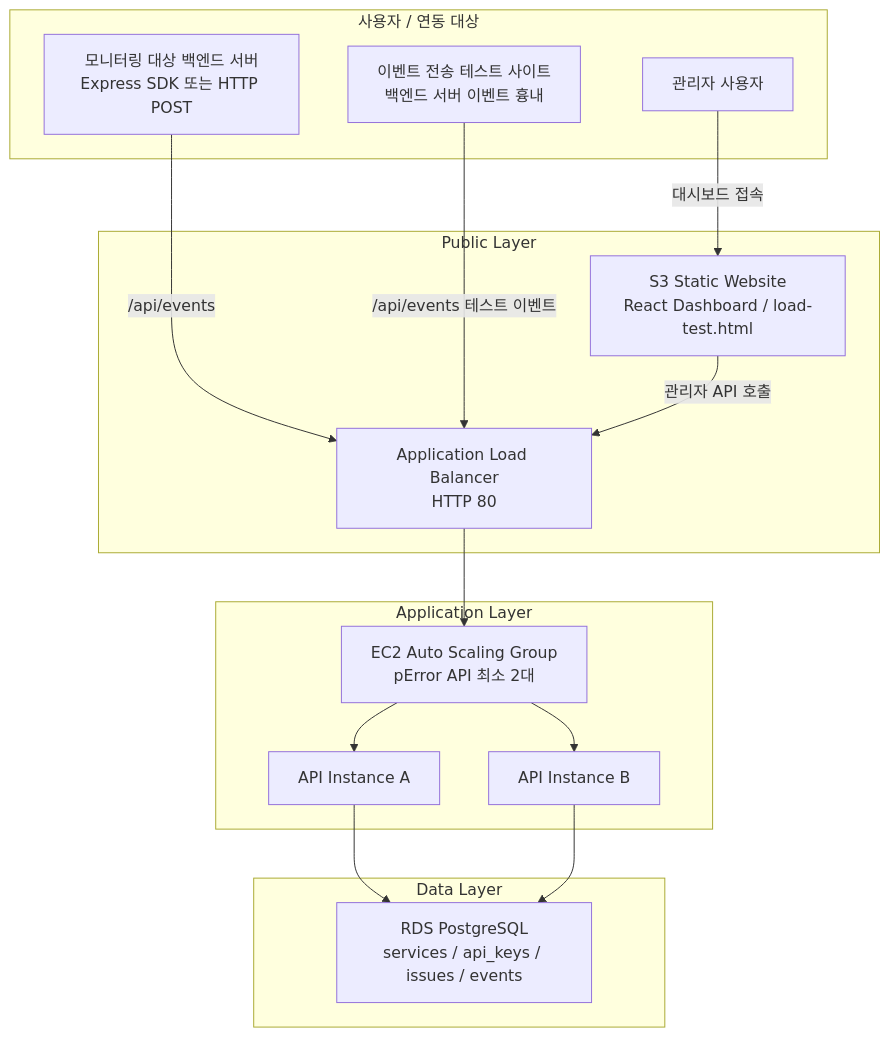
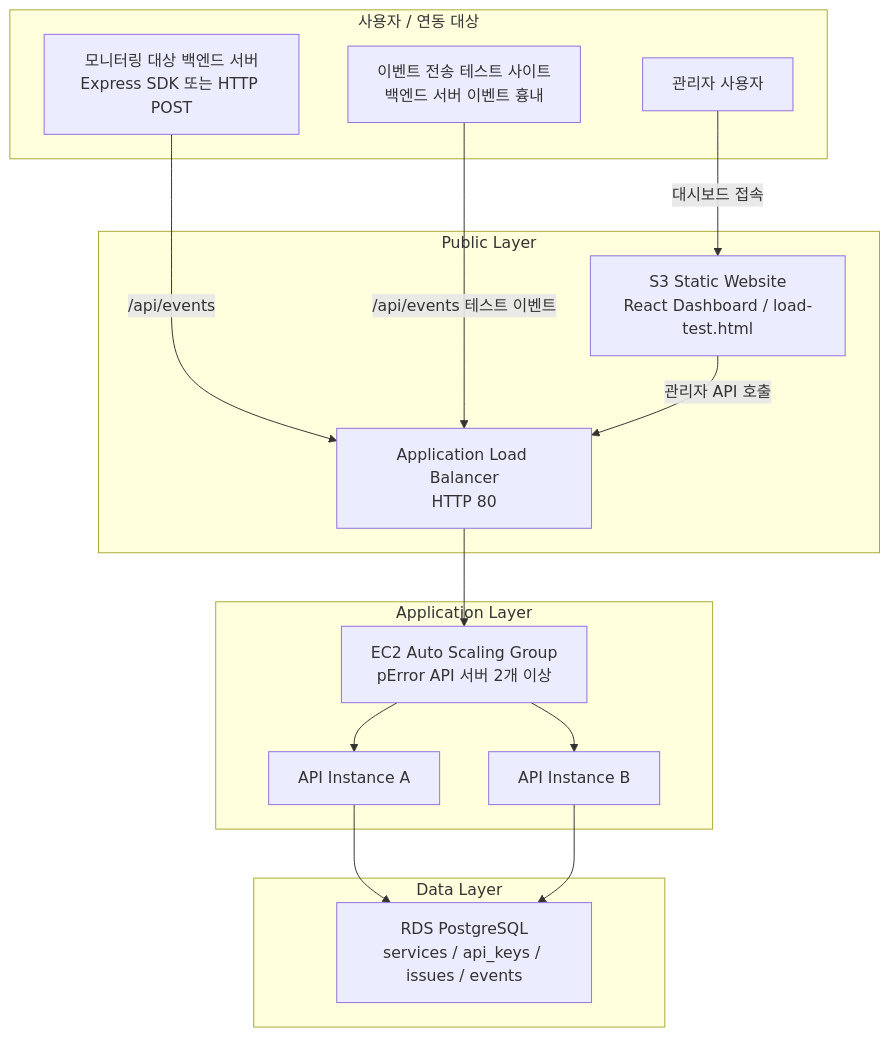
One commit to thswldns77/pError changed the first of 2 diagrams in docs/aws-architecture.md. Above: the diagram before and after it, drawn with Mermaid. The commit also changed 1 other file, not shown here.

Commit message:
docs: API 서버 수량 표현 수정

````diff
--- a/docs/aws-architecture.md
+++ b/docs/aws-architecture.md
@@ -7,33 +7,33 @@
 ```mermaid
 flowchart TB
   subgraph clients["사용자 / 연동 대상"]
     backend["모니터링 대상 백엔드 서버<br/>Express SDK 또는 HTTP POST"]
     admin["관리자 사용자"]
     tester["이벤트 전송 테스트 사이트<br/>백엔드 서버 이벤트 흉내"]
   end
 
   subgraph public["Public Layer"]
     s3["S3 Static Website<br/>React Dashboard / load-test.html"]
     alb["Application Load Balancer<br/>HTTP 80"]
   end
 
   subgraph app["Application Layer"]
-    asg["EC2 Auto Scaling Group<br/>pError API 최소 2대"]
+    asg["EC2 Auto Scaling Group<br/>pError API 서버 2개 이상"]
     api1["API Instance A"]
     api2["API Instance B"]
   end
 
   subgraph data["Data Layer"]
     rds["RDS PostgreSQL<br/>services / api_keys / issues / events"]
   end
 
   backend -->|/api/events| alb
   tester -->|/api/events 테스트 이벤트| alb
   admin -->|대시보드 접속| s3
   s3 -->|관리자 API 호출| alb
   alb --> asg
   asg --> api1
   asg --> api2
   api1 --> rds
   api2 --> rds
 ```
````
